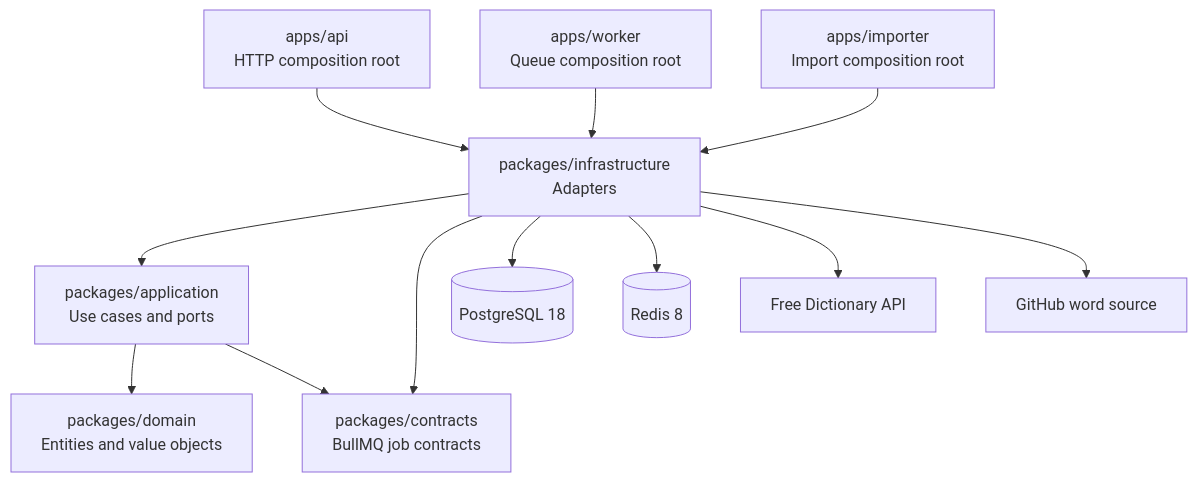
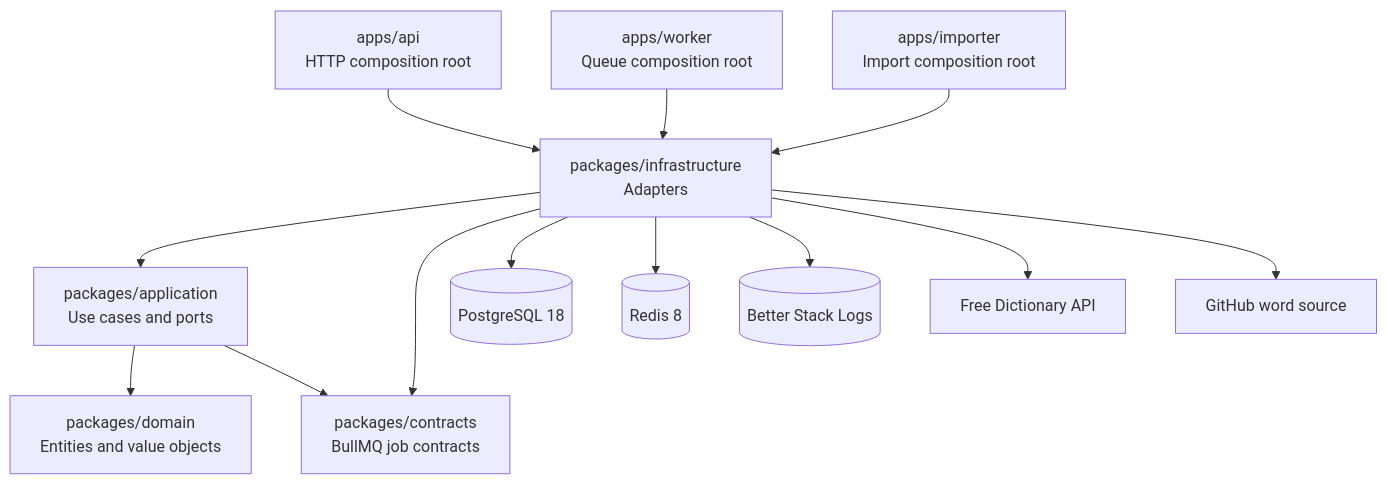
The first of 5 diagrams in docs/architecture.md (C4BRALL/english-dictionary-api), drawn with Mermaid before and after one commit. The commit also changed other lines of this file and 2 other files, not shown here.

````diff
--- a/docs/architecture.md
+++ b/docs/architecture.md
@@ -10,26 +10,28 @@
 ```mermaid
 flowchart TD
   API["apps/api<br/>HTTP composition root"]
   Worker["apps/worker<br/>Queue composition root"]
   Importer["apps/importer<br/>Import composition root"]
   Infrastructure["packages/infrastructure<br/>Adapters"]
   Application["packages/application<br/>Use cases and ports"]
   Domain["packages/domain<br/>Entities and value objects"]
   Contracts["packages/contracts<br/>BullMQ job contracts"]
   PostgreSQL[("PostgreSQL 18")]
   Redis[("Redis 8")]
+  BetterStack[("Better Stack Logs")]
   Dictionary["Free Dictionary API"]
   WordSource["GitHub word source"]
 
   API --> Infrastructure
   Worker --> Infrastructure
   Importer --> Infrastructure
   Infrastructure --> Application
   Infrastructure --> Contracts
   Application --> Domain
   Application --> Contracts
   Infrastructure --> PostgreSQL
   Infrastructure --> Redis
+  Infrastructure --> BetterStack
   Infrastructure --> Dictionary
   Infrastructure --> WordSource
 ```
````
